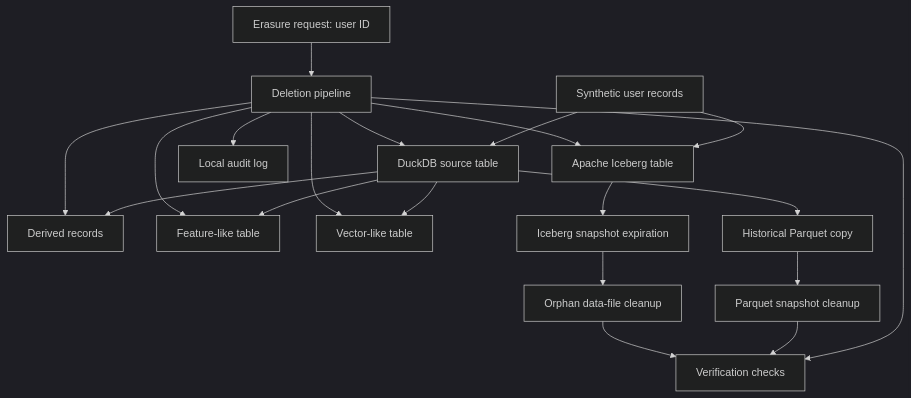
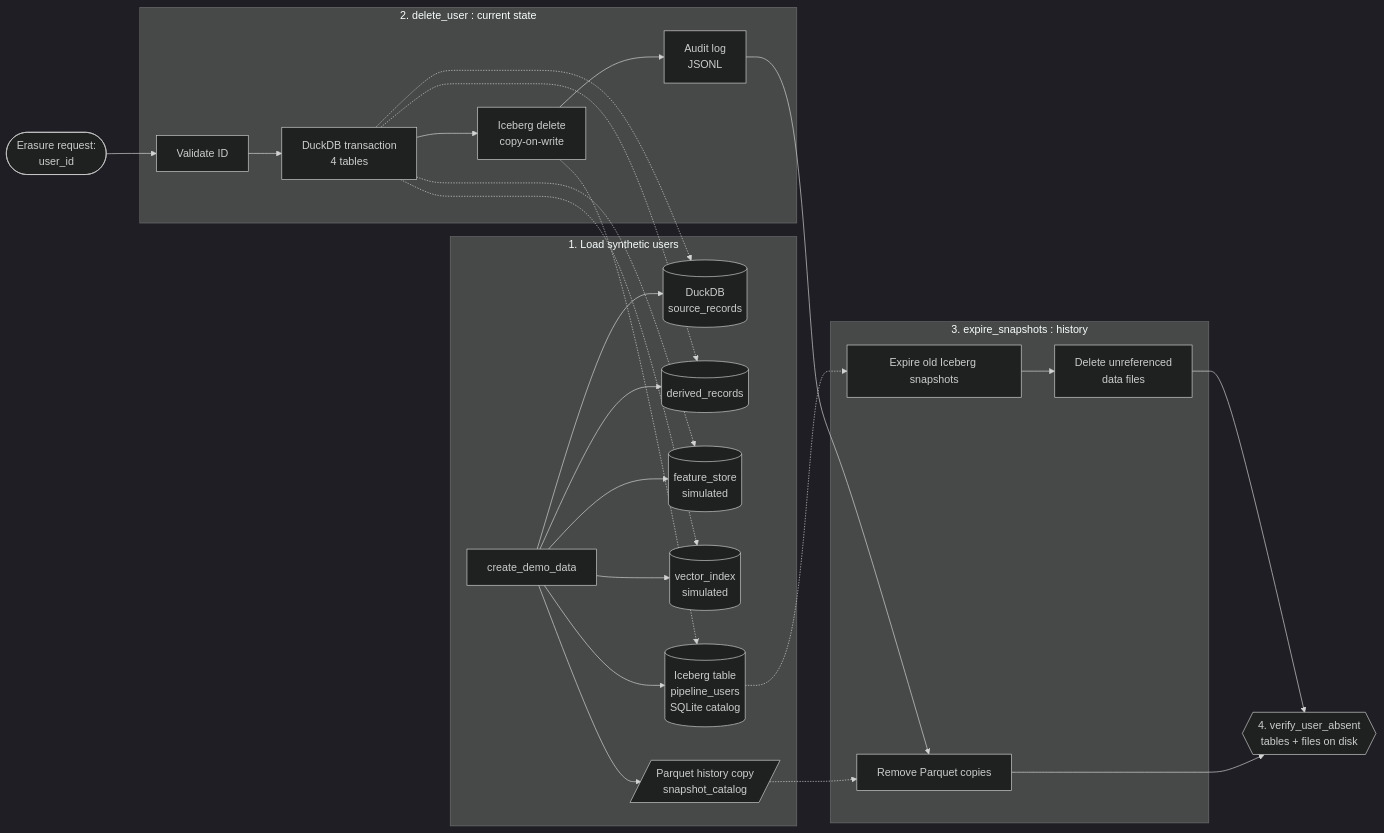
One commit to i-ayushi-k/lakehouse-erasure-lab changed the diagram in README.md. Above: the diagram before and after it, drawn with Mermaid (dark theme). The commit also changed other lines of this file, not shown here.

````diff
--- a/README.md
+++ b/README.md
@@ -30,26 +11,35 @@
 ```mermaid
-flowchart TD
-    A[Synthetic user records] --> B[DuckDB source table]
-    B --> C[Derived records]
-    B --> D[Feature-like table]
-    B --> E[Vector-like table]
-    B --> F[Historical Parquet copy]
+flowchart LR
+    subgraph gen[1. Load synthetic users]
+        A[create_demo_data] --> B[(DuckDB<br/>source_records)]
+        A --> C[(derived_records)]
+        A --> D[(feature_store<br/>simulated)]
+        A --> E[(vector_index<br/>simulated)]
+        A --> F[/Parquet history copy<br/>snapshot_catalog/]
+        A --> G[(Iceberg table<br/>pipeline_users<br/>SQLite catalog)]
+    end
 
-    A --> G[Apache Iceberg table]
+    R([Erasure request:<br/>user_id]) --> S
 
-    H[Erasure request: user ID] --> I[Deletion pipeline]
-    I --> B
-    I --> C
-    I --> D
-    I --> E
-    I --> G
+    subgraph del[2. delete_user : current state]
+        S[Validate ID] --> T[DuckDB transaction<br/>4 tables]
+        T --> U[Iceberg delete<br/>copy-on-write]
+        U --> V[Audit log<br/>JSONL]
+    end
 
-    F --> J[Parquet snapshot cleanup]
-    G --> K[Iceberg snapshot expiration]
-    K --> L[Orphan data-file cleanup]
+    T -.-> B & C & D & E
+    U -.-> G
 
-    I --> M[Verification checks]
-    J --> M
-    L --> M
-    I --> N[Local audit log]
+    subgraph clean[3. expire_snapshots : history]
+        W[Remove Parquet copies] 
+        X[Expire old Iceberg snapshots]
+        X --> Y[Delete unreferenced<br/>data files]
+    end
+
+    V --> W
+    F -.-> W
+    G -.-> X
+
+    Y --> Z{{4. verify_user_absent<br/>tables + files on disk}}
+    W --> Z
 ```
````
